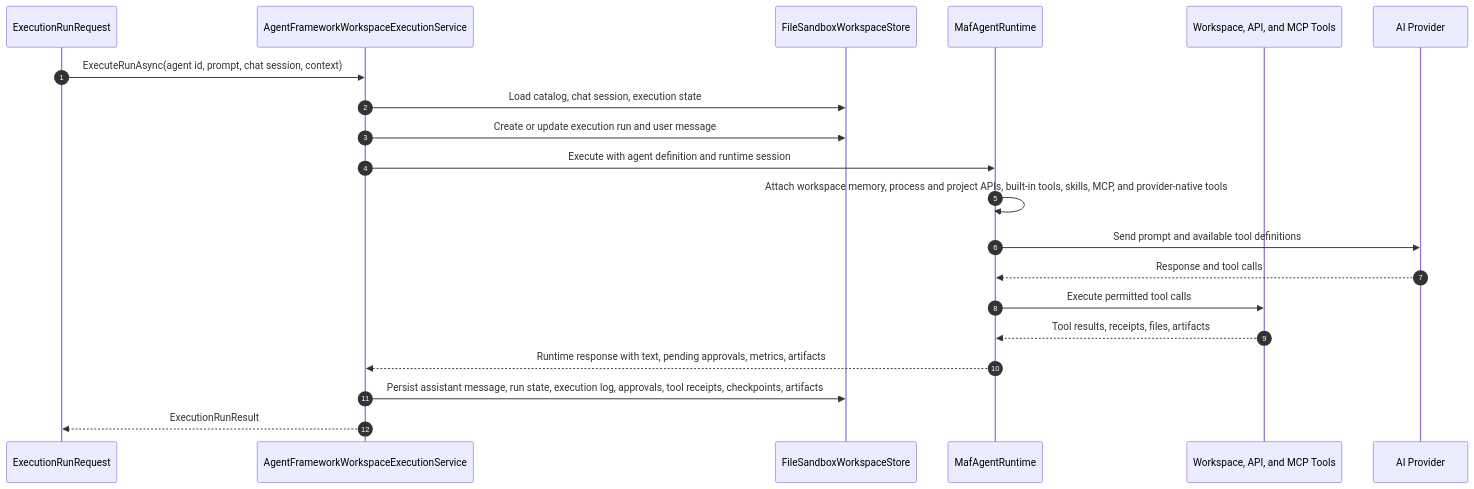
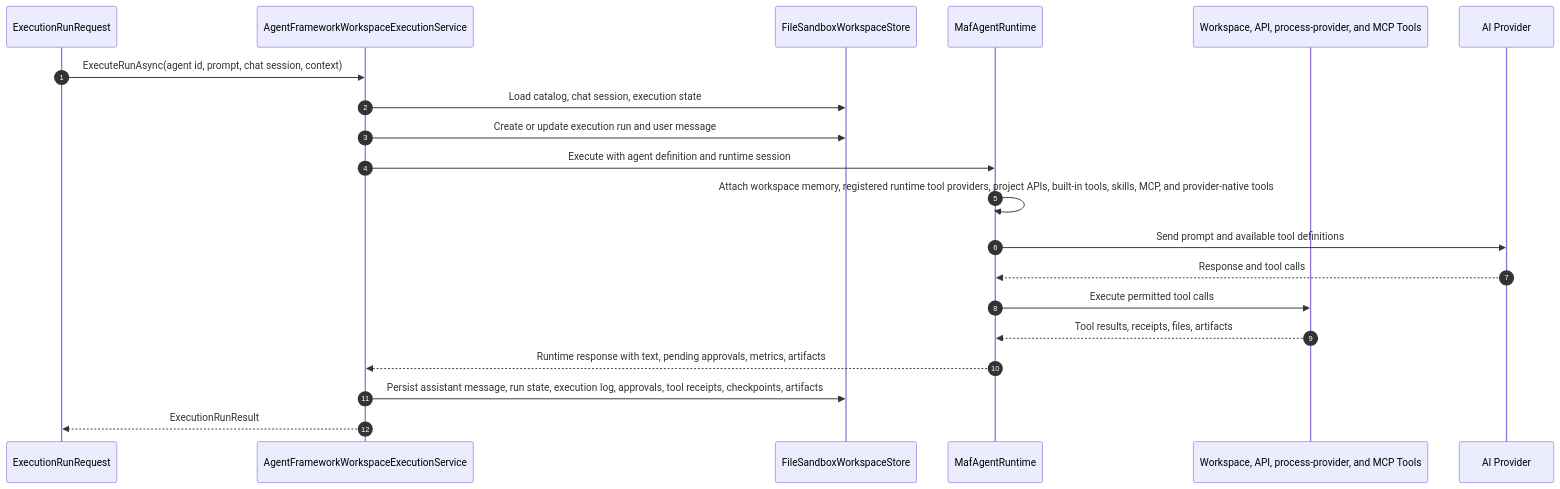
One commit to fyziktom/CanDoItAll changed the eighth of 8 diagrams in docs/architecture-beta.md. Above: the diagram before and after it, drawn with Mermaid. The commit also changed other lines of this file and 151 other files, not shown here.

````diff
--- a/docs/architecture-beta.md
+++ b/docs/architecture-beta.md
@@ -310,23 +315,23 @@
 ```mermaid
 sequenceDiagram
     autonumber
     participant Request as ExecutionRunRequest
     participant Service as AgentFrameworkWorkspaceExecutionService
     participant Store as FileSandboxWorkspaceStore
     participant Runtime as MafAgentRuntime
-    participant Tools as Workspace, API, and MCP Tools
+    participant Tools as Workspace, API, process-provider, and MCP Tools
     participant Provider as AI Provider
 
     Request->>Service: ExecuteRunAsync(agent id, prompt, chat session, context)
     Service->>Store: Load catalog, chat session, execution state
     Service->>Store: Create or update execution run and user message
     Service->>Runtime: Execute with agent definition and runtime session
-    Runtime->>Runtime: Attach workspace memory, process and project APIs, built-in tools, skills, MCP, and provider-native tools
+    Runtime->>Runtime: Attach workspace memory, registered runtime tool providers, project APIs, built-in tools, skills, MCP, and provider-native tools
     Runtime->>Provider: Send prompt and available tool definitions
     Provider-->>Runtime: Response and tool calls
     Runtime->>Tools: Execute permitted tool calls
     Tools-->>Runtime: Tool results, receipts, files, artifacts
     Runtime-->>Service: Runtime response with text, pending approvals, metrics, artifacts
     Service->>Store: Persist assistant message, run state, execution log, approvals, tool receipts, checkpoints, artifacts
     Service-->>Request: ExecutionRunResult
 ```
````
